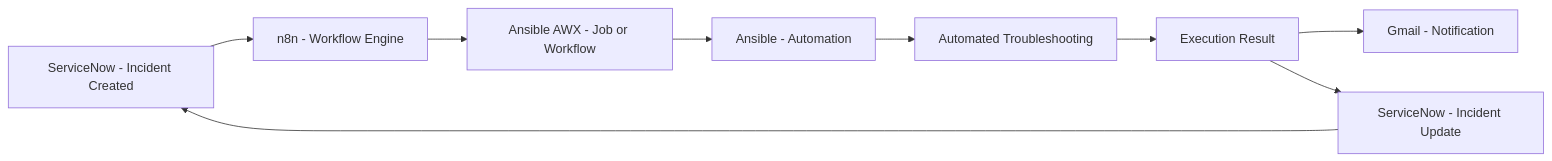
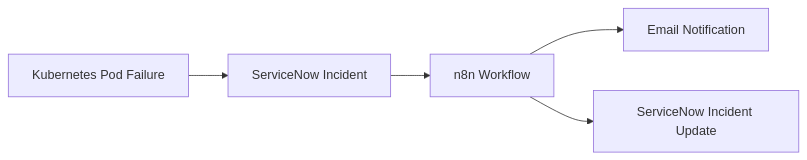
One commit to Yadhardha/ServicenowAI changed the second of 2 diagrams in README.md. Above: the diagram before and after it, drawn with Mermaid. The commit also changed other lines of this file, not shown here.

First line of the commit message:
Revise README for incident automation project

````diff
--- a/README.md
+++ b/README.md
@@ -45,20 +132,14 @@
 ```mermaid
 flowchart LR
-    A["ServiceNow - Incident Created"]
-    B["n8n - Workflow Engine"]
-    C["Ansible AWX - Job or Workflow"]
-    D["Ansible - Automation"]
-    E["Automated Troubleshooting"]
-    F["Execution Result"]
-    G["Gmail - Notification"]
-    H["ServiceNow - Incident Update"]
+
+    A[Kubernetes Pod Failure]
+    B[ServiceNow Incident]
+    C[n8n Workflow]
+    D[Email Notification]
+    E[ServiceNow Incident Update]
 
     A --> B
     B --> C
     C --> D
-    D --> E
-    E --> F
-    F --> G
-    F --> H
-    H --> A
+    C --> E
 ```
````
